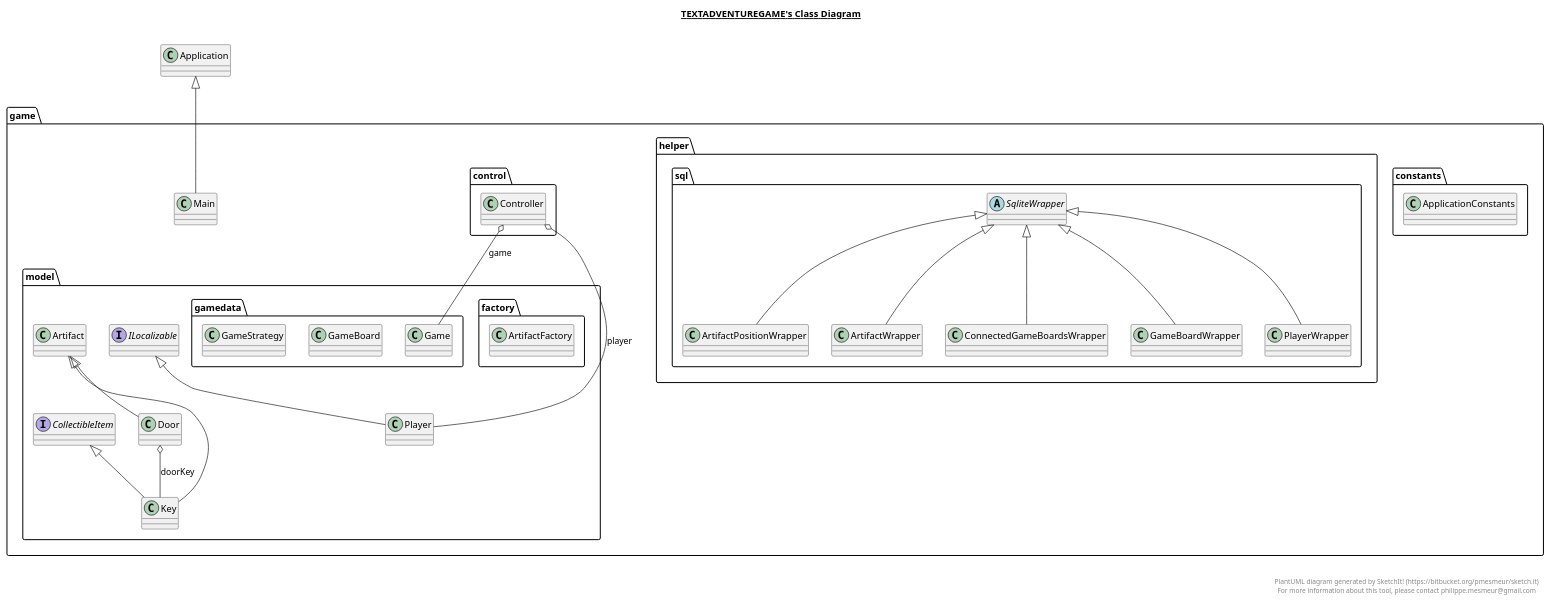
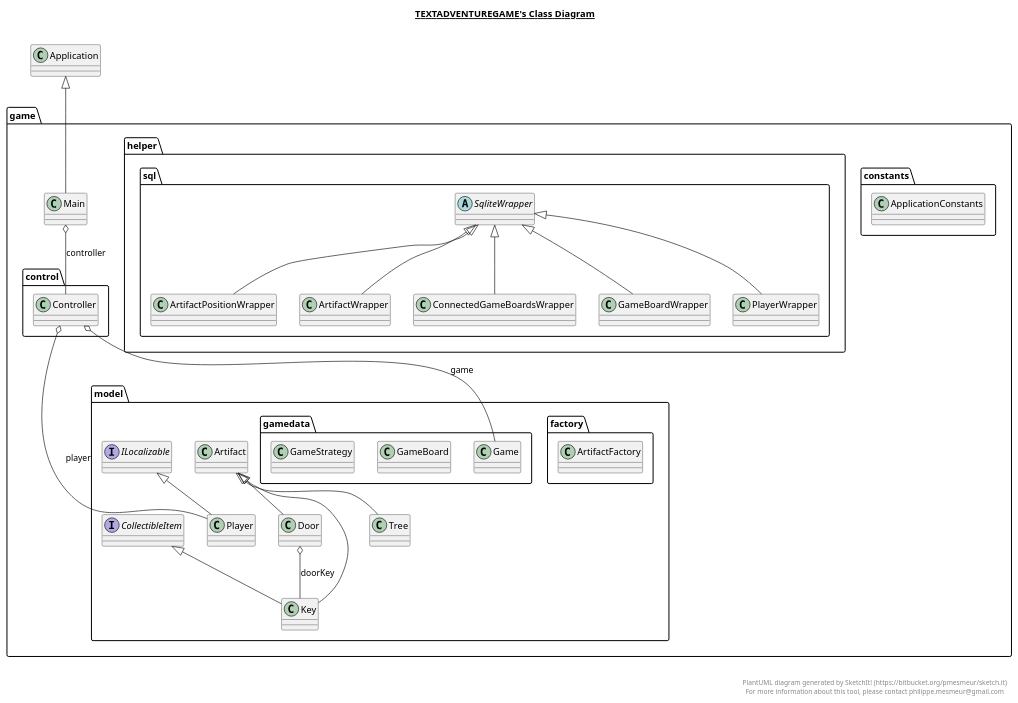
One commit to rflorian2017/TextAdventureGame changed the diagram in TextAdventureGame.plantuml. Above: the diagram before and after it, drawn with PlantUML. The commit also changed 6 other files, not shown here.

```diff
--- a/TextAdventureGame.plantuml
+++ b/TextAdventureGame.plantuml
@@ -1,185 +1,195 @@
 @startuml
 
 title __TEXTADVENTUREGAME's Class Diagram__\n
 
   package game {
     package game.constants {
       class ApplicationConstants {
       }
     }
   }
   
 
   package game {
     package game.model {
       class Artifact {
       }
     }
   }
   
 
   package game {
     package game.model {
       package game.model.factory {
         class ArtifactFactory {
         }
       }
     }
   }
   
 
   package game {
     package game.helper.sql {
       class ArtifactPositionWrapper {
       }
     }
   }
   
 
   package game {
     package game.helper.sql {
       class ArtifactWrapper {
       }
     }
   }
   
 
   package game {
     package game.model {
       interface CollectibleItem {
       }
     }
   }
   
 
   package game {
     package game.helper.sql {
       class ConnectedGameBoardsWrapper {
       }
     }
   }
   
 
   package game {
     package game.control {
       class Controller {
       }
     }
   }
   
 
   package game {
     package game.model {
       class Door {
       }
     }
   }
   
 
   package game {
     package game.model {
       package game.model.gamedata {
         class Game {
         }
       }
     }
   }
   
 
   package game {
     package game.model {
       package game.model.gamedata {
         class GameBoard {
         }
       }
     }
   }
   
 
   package game {
     package game.helper.sql {
       class GameBoardWrapper {
       }
     }
   }
   
 
   package game {
     package game.model {
       package game.model.gamedata {
         class GameStrategy {
         }
       }
     }
   }
   
 
   package game {
     package game.model {
       interface ILocalizable {
       }
     }
   }
   
 
   package game {
     package game.model {
       class Key {
       }
     }
   }
   
 
   package game {
     class Main {
     }
   }
   
 
   package game {
     package game.model {
       class Player {
       }
     }
   }
   
 
   package game {
     package game.helper.sql {
       class PlayerWrapper {
       }
     }
   }
   
 
   package game {
     package game.helper.sql {
       abstract class SqliteWrapper {
       }
     }
   }
   
 
+  package game {
+    package game.model {
+      class Tree {
+      }
+    }
+  }
+  
+
   ArtifactPositionWrapper -up-|> SqliteWrapper
   ArtifactWrapper -up-|> SqliteWrapper
   ConnectedGameBoardsWrapper -up-|> SqliteWrapper
   Controller o-- Game : game
   Controller o-- Player : player
   Door -up-|> Artifact
   Door o-- Key : doorKey
   GameBoardWrapper -up-|> SqliteWrapper
   Key -up-|> CollectibleItem
   Key -up-|> Artifact
   Main -up-|> Application
+  Main o-- Controller : controller
   Player -up-|> ILocalizable
   PlayerWrapper -up-|> SqliteWrapper
+  Tree -up-|> Artifact
 
 
 right footer
 
 
 PlantUML diagram generated by SketchIt! (https://bitbucket.org/pmesmeur/sketch.it)
 For more information about this tool, please contact philippe.mesmeur@gmail.com
 endfooter
 
 @enduml
```
